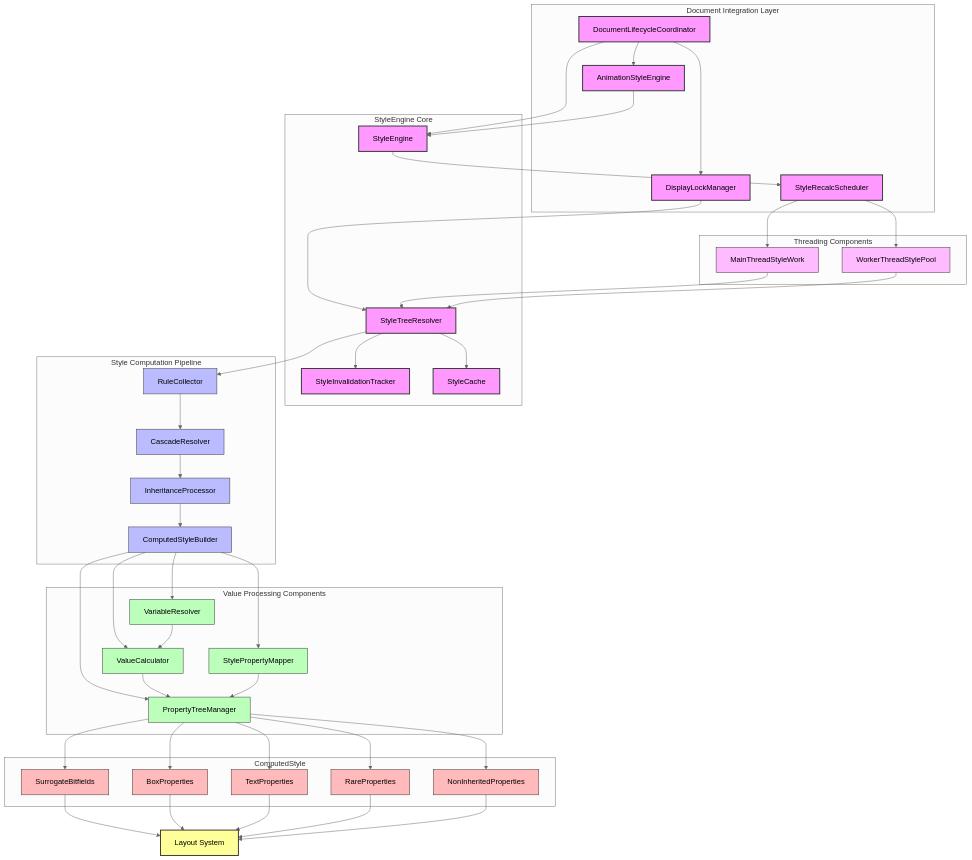
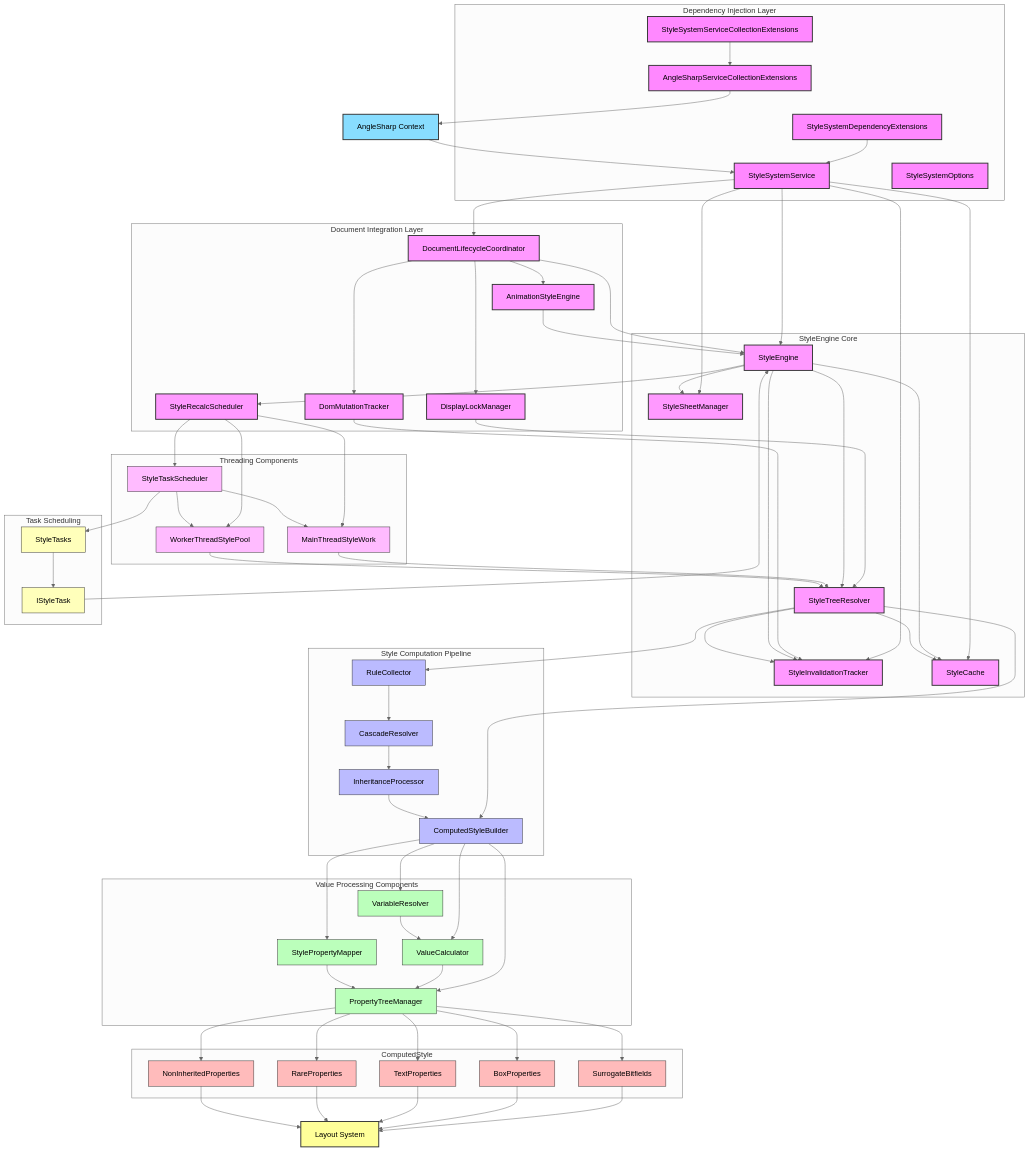
The diagram in src/AngleSharp.LayoutEngine/Documentation/LayoutEngine/New Arhitecture/Rev 1/StyleSystem Component Architecture.md (herki18/AngleSharp), drawn with Mermaid (neutral theme) before and after one commit. The commit also changed 4 other files, not shown here.

````diff
--- a/src/AngleSharp.LayoutEngine/Documentation/LayoutEngine/New Arhitecture/Rev 1/StyleSystem Component Architecture.md
+++ b/src/AngleSharp.LayoutEngine/Documentation/LayoutEngine/New Arhitecture/Rev 1/StyleSystem Component Architecture.md
@@ -1,11 +1,21 @@
 ```mermaid
 flowchart TB
+    %% Dependency Injection Layer
+    subgraph DILayer[Dependency Injection Layer]
+        SSSE[StyleSystemServiceCollectionExtensions]
+        ASSE[AngleSharpServiceCollectionExtensions]
+        SDE[StyleSystemDependencyExtensions]
+        SSS[StyleSystemService]
+        SSO[StyleSystemOptions]
+    end
+
     %% Document Integration Layer
     subgraph DocumentLayer[Document Integration Layer]
         DLC[DocumentLifecycleCoordinator]
         SRS[StyleRecalcScheduler]
         DLM[DisplayLockManager]
         ASE[AnimationStyleEngine]
+        DMT[DomMutationTracker]
     end
 
     %% StyleEngine Core
@@ -14,6 +24,7 @@
         STR[StyleTreeResolver]
         SIT[StyleInvalidationTracker]
         SC[StyleCache]
+        SSM[StyleSheetManager]
     end
     
     %% Style Computation Pipeline
@@ -45,28 +56,69 @@
     subgraph ThreadingComponents[Threading Components]
         MTSW[MainThreadStyleWork]
         WTSP[WorkerThreadStylePool]
+        STS[StyleTaskScheduler]
+    end
+    
+    %% Task Scheduling
+    subgraph TaskScheduling[Task Scheduling]
+        STasks[StyleTasks]
+        ISTasks[IStyleTask]
     end
     
     %% Layout System
     LS[Layout System]
     
+    %% AngleSharp
+    AS[AngleSharp Context]
+    
     %% Connections between components
+    
+    %% Dependency Injection connections
+    SSS --> SE
+    SSS --> DLC
+    SSS --> SSM
+    SSS --> SC
+    SSS --> SIT
+    SDE --> SSS
+    SSSE --> ASSE
+    ASSE --> AS
+    AS --> SSS
+    
+    %% Document Layer connections
     DLC --> SE
     DLC --> DLM
     DLC --> ASE
+    DLC --> DMT
+    DMT --> SIT
     
+    %% Engine Core connections
     ASE --> SE
     SRS --> MTSW
     SRS --> WTSP
     SE --> SRS
     DLM --> STR
+    SE --> STR
+    SE --> SIT
+    SE --> SSM
+    SE --> SC
     
+    %% Threading connections
     MTSW --> STR
     WTSP --> STR
+    STS --> MTSW
+    STS --> WTSP
+    SRS --> STS
     
+    %% Task connections
+    STS --> STasks
+    STasks --> ISTasks
+    ISTasks --> SE
+    
+    %% Style computation connections
     STR --> RC
     STR --> SIT
     STR --> SC
+    STR --> CSB
     
     RC --> CR
     CR --> IP
@@ -94,21 +146,27 @@
     NIP --> LS
     
     %% Style classes
-    class DocumentLayer,EngineCore,ComputationPipeline,ValueProcessing,OutputLayer,ThreadingComponents interface
+    class DILayer,DocumentLayer,EngineCore,ComputationPipeline,ValueProcessing,OutputLayer,ThreadingComponents,TaskScheduling interface
     
     %% Component styling
+    classDef di fill:#f8f,stroke:#333,stroke-width:2px
     classDef core fill:#f9f,stroke:#333,stroke-width:2px
     classDef compute fill:#bbf,stroke:#333,stroke-width:1px
     classDef value fill:#bfb,stroke:#333,stroke-width:1px
     classDef output fill:#fbb,stroke:#333,stroke-width:1px
     classDef thread fill:#fbf,stroke:#333,stroke-width:1px
+    classDef task fill:#ffb,stroke:#333,stroke-width:1px
     classDef layout fill:#ff9,stroke:#333,stroke-width:2px
+    classDef angleSharp fill:#8df,stroke:#333,stroke-width:2px
     
-    class SE,STR,SIT,SC core
+    class SSSE,ASSE,SDE,SSS,SSO di
+    class SE,STR,SIT,SC,SSM core
     class RC,CR,IP,CSB compute
     class VR,VC,PTM,SPM value
     class SBF,BP,TP,RP,NIP output
-    class MTSW,WTSP thread
+    class MTSW,WTSP,STS thread
+    class STasks,ISTasks task
     class LS layout
-    class DLC,SRS,DLM,ASE core
+    class DLC,SRS,DLM,ASE,DMT core
+    class AS angleSharp
 ```
````
